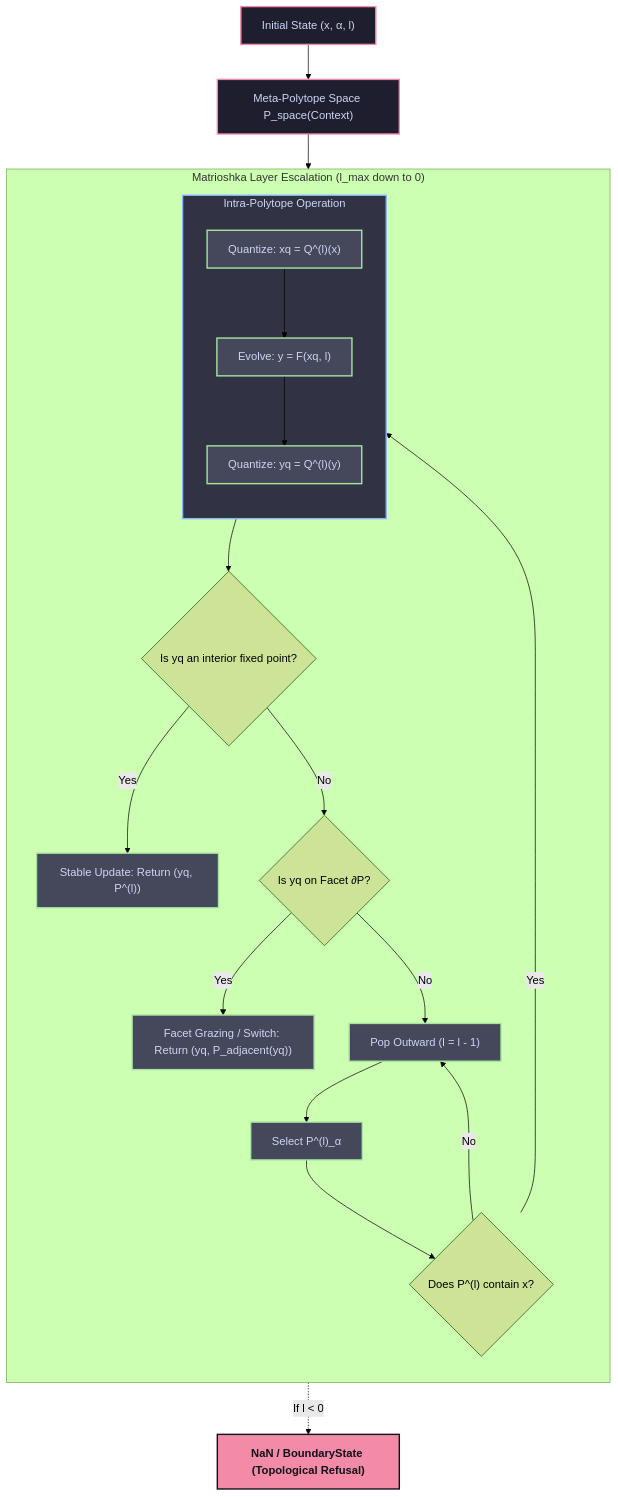
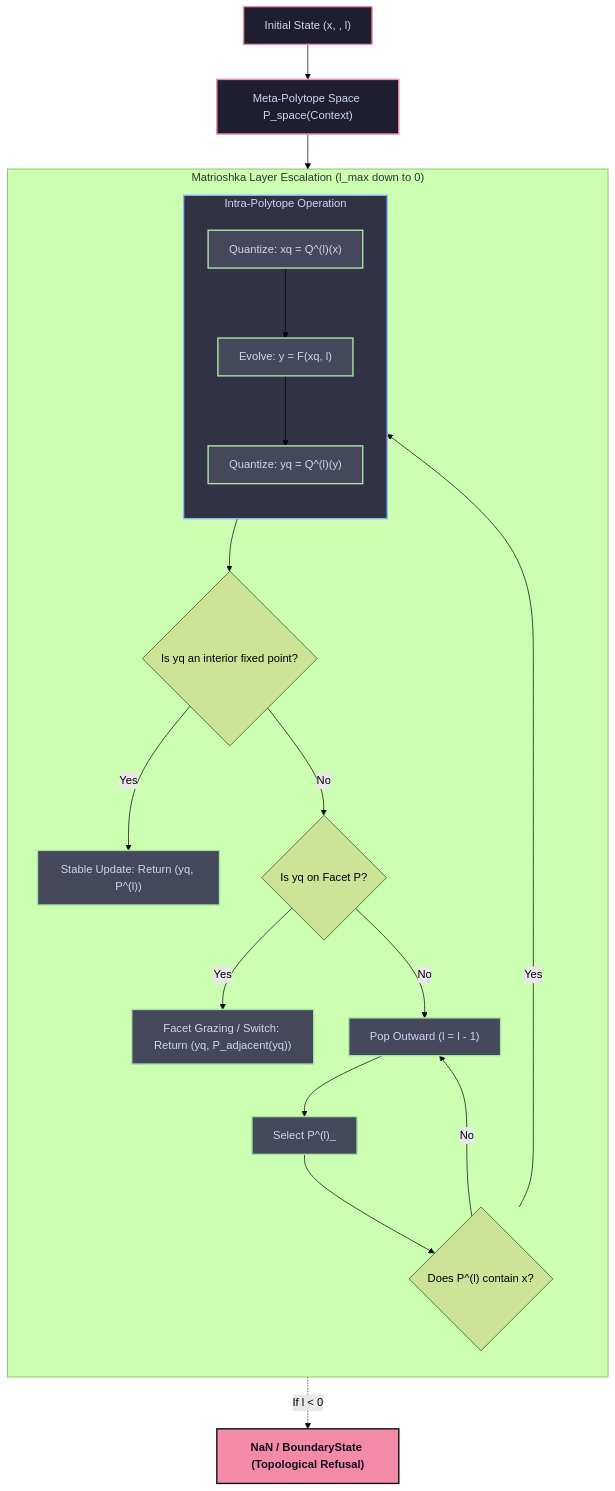
The diagram in docs/MATRYOSHKA_POLYTOPE_MAP.md (ZenoNex/Gyroidic-Sparse-Covariance-Flux-Reasoner), drawn with Mermaid (forest theme) before and after one commit. The commit also changed other lines of this file, not shown here.

Commit message:
update MATRYOSHKA_POLYTOPE_MAP.md with ivst dropout

````diff
--- a/docs/MATRYOSHKA_POLYTOPE_MAP.md
+++ b/docs/MATRYOSHKA_POLYTOPE_MAP.md
@@ -5,64 +5,64 @@
 ```mermaid
 flowchart TD
     %% Define Styles
     classDef space fill:#1e1e2e,stroke:#f38ba8,stroke-width:2px,color:#cdd6f4
     classDef polytope fill:#313244,stroke:#89b4fa,stroke-width:2px,color:#cdd6f4
     classDef process fill:#45475a,stroke:#a6e3a1,stroke-width:2px,color:#cdd6f4
     classDef error fill:#f38ba8,stroke:#11111b,color:#11111b,stroke-width:2px,font-weight:bold
 
     %% P_space and State Initialization
-    State["Initial State (x, α, l)"]
+    State["Initial State (x, , l)"]
     Space["Meta-Polytope Space P_space(Context)"]
 
     State --> Space
     Space --> IterLevels
 
     subgraph IterLevels ["Matrioshka Layer Escalation (l_max down to 0)"]
         direction TB
         
-        GetP["Select P^(l)_α"]
+        GetP["Select P^(l)_"]
         CheckContains{"Does P^(l) contain x?"}
         
         GetP --> CheckContains
         
         subgraph InsidePolytope ["Intra-Polytope Operation"]
             direction TB
             Q1["Quantize: xq = Q^(l)(x)"]
             F["Evolve: y = F(xq, l)"]
             Q2["Quantize: yq = Q^(l)(y)"]
             
             Q1 --> F --> Q2
         end
         
         CheckContains -- Yes --> InsidePolytope
         
         CheckFixedPoint{"Is yq an interior fixed point?"}
         InsidePolytope --> CheckFixedPoint
         
         StableUpdate["Stable Update: Return (yq, P^(l))"]
         CheckFixedPoint -- Yes --> StableUpdate
         
-        CheckFacet{"Is yq on Facet ∂P?"}
+        CheckFacet{"Is yq on Facet P?"}
         CheckFixedPoint -- No --> CheckFacet
         
         FacetTransition["Facet Grazing / Switch: Return (yq, P_adjacent(yq))"]
         CheckFacet -- Yes --> FacetTransition
         
         PopOutward["Pop Outward (l = l - 1)"]
         CheckFacet -- No --> PopOutward
         PopOutward --> GetP
     end
 
     CheckContains -- No --> PopOutward
 
     NaN["NaN / BoundaryState (Topological Refusal)"]
     PopOutward -. "If l < 0" .-> NaN
 
     %% Apply Styles
     class State,Space space
     class InsidePolytope polytope
     class Q1,F,Q2,GetP,PopOutward process
     class StableUpdate,FacetTransition process
     class NaN error
 
 ```
````
